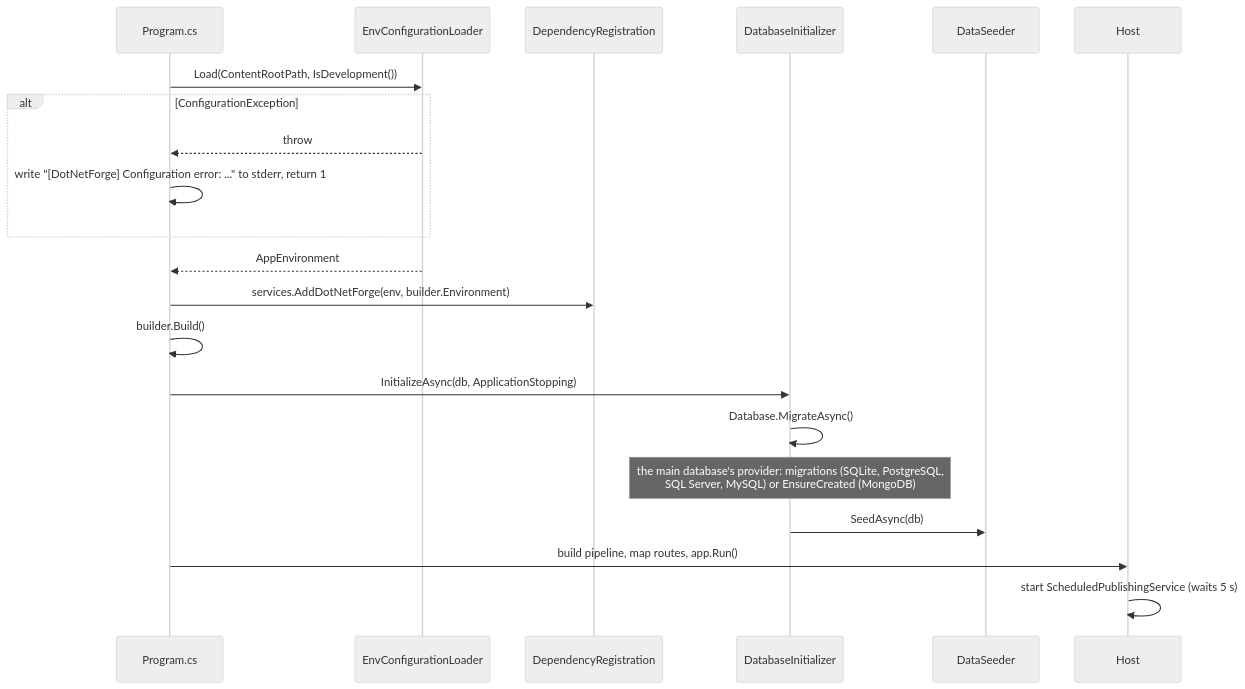
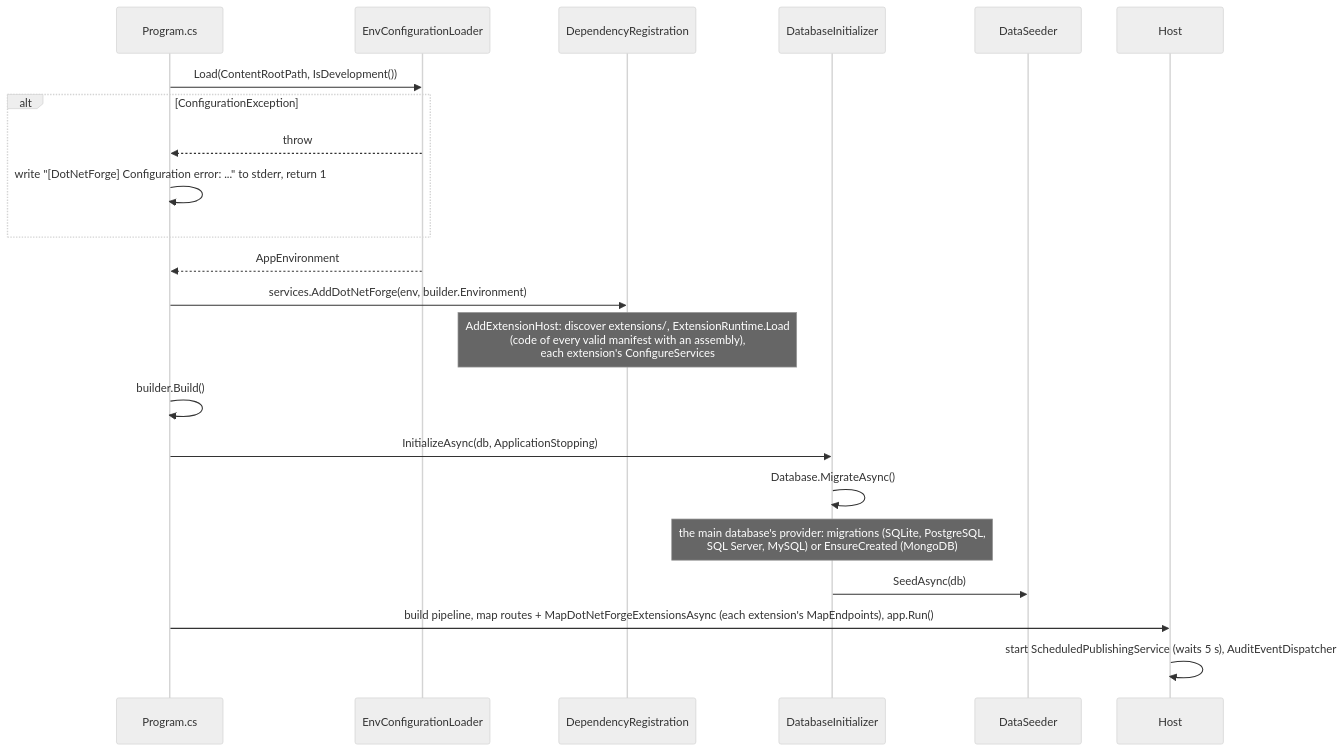
The first of 12 diagrams in .docs/architecture/data-flow.md (Albadit/DotNetForge), drawn with Mermaid (neutral theme) before and after one commit. The commit also changed other lines of this file and 454 other files, not shown here.

````diff
--- a/.docs/architecture/data-flow.md
+++ b/.docs/architecture/data-flow.md
@@ -10,23 +10,24 @@
 ```mermaid
 sequenceDiagram
     participant P as Program.cs
     participant L as EnvConfigurationLoader
     participant DI as DependencyRegistration
     participant DBI as DatabaseInitializer
     participant S as DataSeeder
     participant H as Host
     P->>L: Load(ContentRootPath, IsDevelopment())
     alt ConfigurationException
         L-->>P: throw
         P->>P: write "[DotNetForge] Configuration error: ..." to stderr, return 1
     end
     L-->>P: AppEnvironment
     P->>DI: services.AddDotNetForge(env, builder.Environment)
+    Note over DI: AddExtensionHost: discover extensions/, ExtensionRuntime.Load<br/>(code of every valid manifest with an assembly),<br/>each extension's ConfigureServices
     P->>P: builder.Build()
     P->>DBI: InitializeAsync(db, ApplicationStopping)
     DBI->>DBI: Database.MigrateAsync()
     Note over DBI: the main database's provider: migrations (SQLite, PostgreSQL,<br/>SQL Server, MySQL) or EnsureCreated (MongoDB)
     DBI->>S: SeedAsync(db)
-    P->>H: build pipeline, map routes, app.Run()
-    H->>H: start ScheduledPublishingService (waits 5 s)
+    P->>H: build pipeline, map routes + MapDotNetForgeExtensionsAsync (each extension's MapEndpoints), app.Run()
+    H->>H: start ScheduledPublishingService (waits 5 s), AuditEventDispatcher
 ```
````
